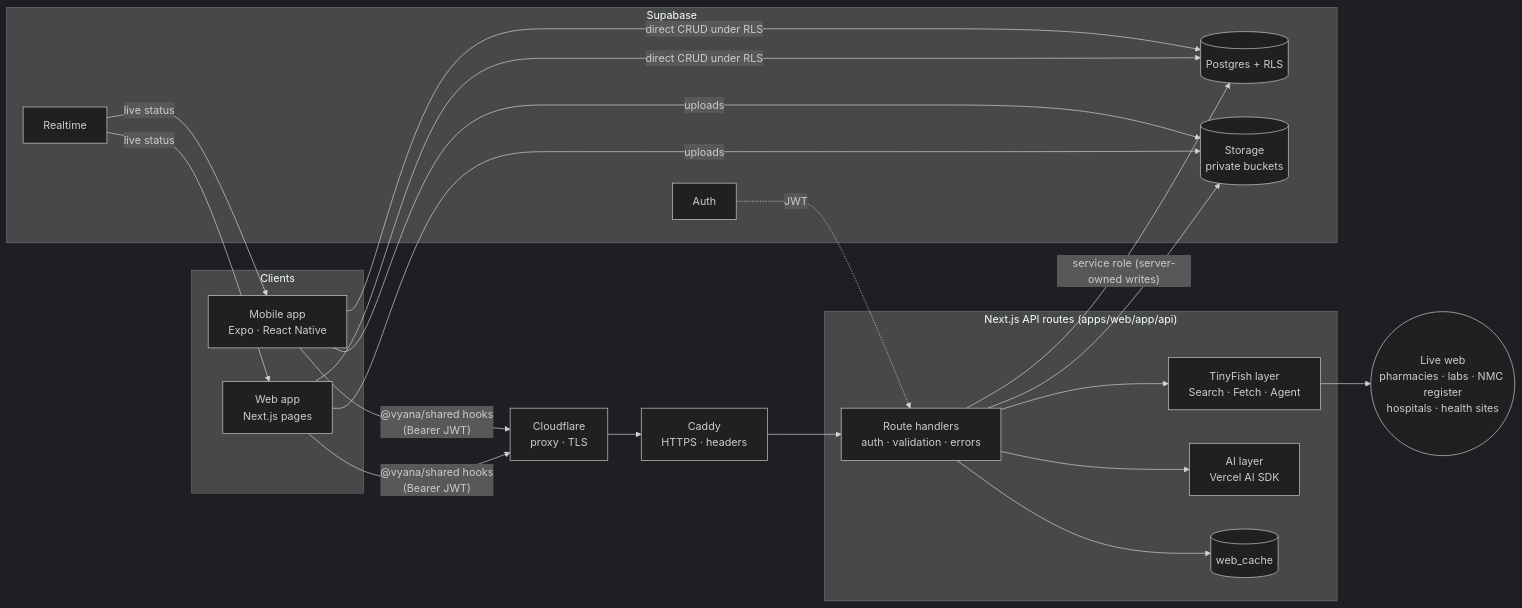
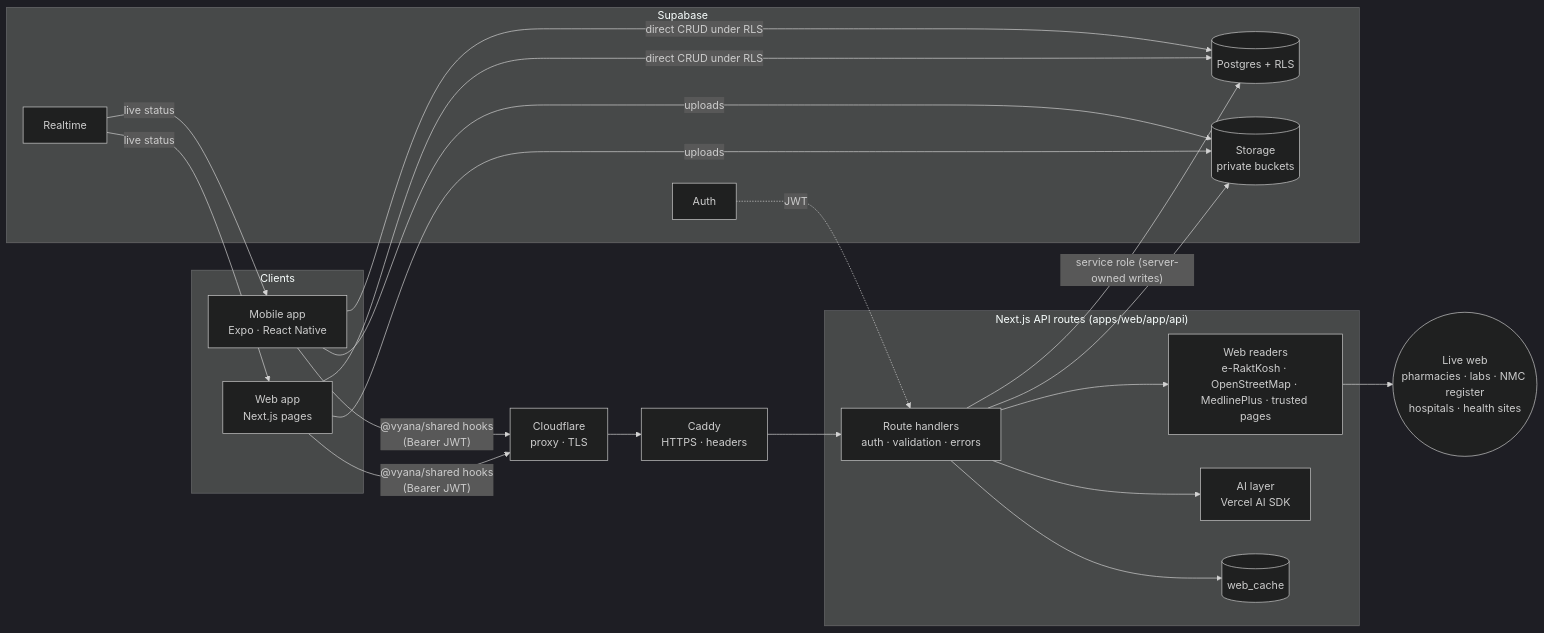
Before and after one commit to AlicanAkyol/vyana: the diagram in ARCHITECTURE.md, drawn with Mermaid (dark theme). The commit also changed other lines of this file and 80 other files, not shown here.

````diff
--- a/ARCHITECTURE.md
+++ b/ARCHITECTURE.md
@@ -5,33 +5,33 @@
 ```mermaid
 flowchart LR
   subgraph Clients
     M["Mobile app<br/>Expo · React Native"]
     W["Web app<br/>Next.js pages"]
   end
   CF["Cloudflare<br/>proxy · TLS"]
   CD["Caddy<br/>HTTPS · headers"]
   subgraph Server["Next.js API routes (apps/web/app/api)"]
     API["Route handlers<br/>auth · validation · errors"]
-    TF["TinyFish layer<br/>Search · Fetch · Agent"]
+    WR["Web readers<br/>e-RaktKosh · OpenStreetMap · MedlinePlus · trusted pages"]
     AI["AI layer<br/>Vercel AI SDK"]
     C[("web_cache")]
   end
   subgraph Supabase
     DB[("Postgres + RLS")]
     ST[("Storage<br/>private buckets")]
     RT["Realtime"]
     AU["Auth"]
   end
   WEB(("Live web<br/>pharmacies · labs · NMC register<br/>hospitals · health sites"))
 
   M & W -- "@vyana/shared hooks<br/>(Bearer JWT)" --> CF --> CD --> API
   M & W -- "direct CRUD under RLS" --> DB
   M & W -- "uploads" --> ST
   RT -- "live status" --> M & W
-  API --> TF --> WEB
+  API --> WR --> WEB
   API --> AI
   API --> C
   API -- "service role (server-owned writes)" --> DB
   API --> ST
   AU -.->|JWT| API
 ```
````
